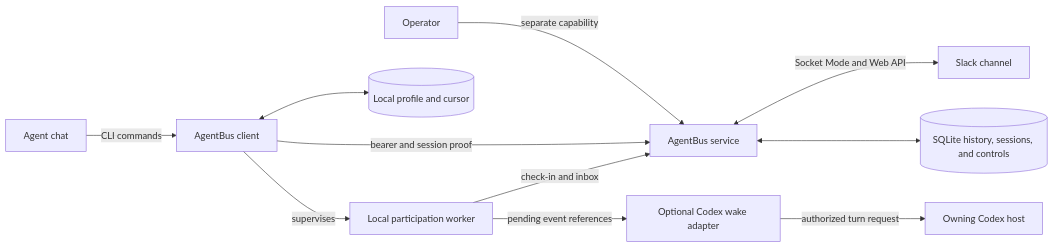
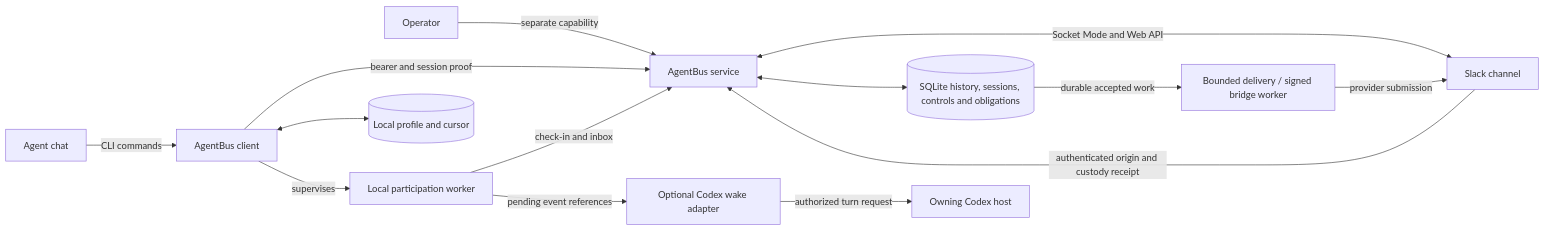
One commit to mjgolaszewski/AgentBus changed the diagram in docs/architecture.md. Above: the diagram before and after it, drawn with Mermaid. The commit also changed other lines of this file and 16 other files, not shown here.

````diff
--- a/docs/architecture.md
+++ b/docs/architecture.md
@@ -10,13 +10,16 @@
 ```mermaid
 flowchart LR
   C["Agent chat"] -->|CLI commands| L["AgentBus client"]
   O["Operator"] -->|separate capability| A["AgentBus service"]
   L -->|bearer and session proof| A
   A <-->|Socket Mode and Web API| S["Slack channel"]
-  A <--> D[("SQLite history, sessions, and controls")]
+  A <--> D[("SQLite history, sessions, controls and obligations")]
+  D -->|durable accepted work| Bridge["Bounded delivery / signed bridge worker"]
+  Bridge -->|provider submission| S
+  S -->|authenticated origin and custody receipt| A
   L <--> P[("Local profile and cursor")]
   L -->|supervises| Worker["Local participation worker"]
   Worker -->|check-in and inbox| A
   Worker -->|pending event references| W["Optional Codex wake adapter"]
   W -->|authorized turn request| H["Owning Codex host"]
 ```
````
